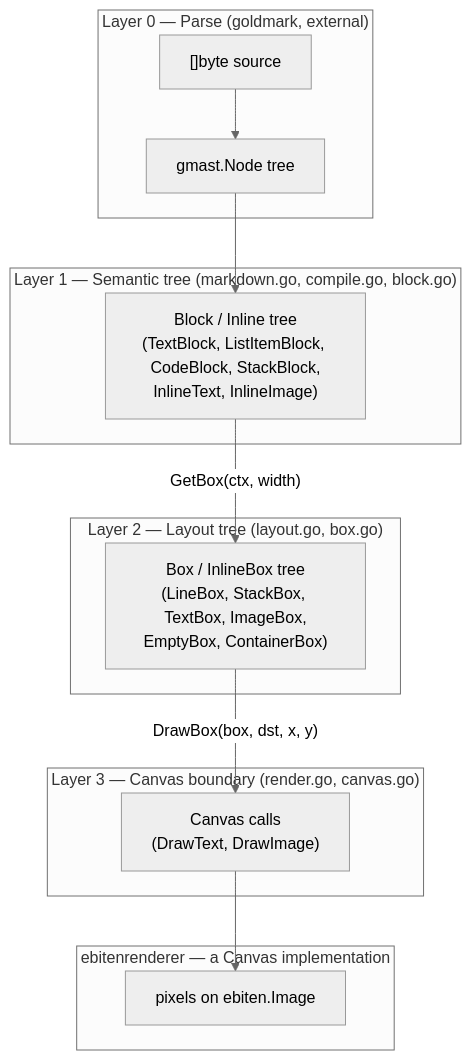
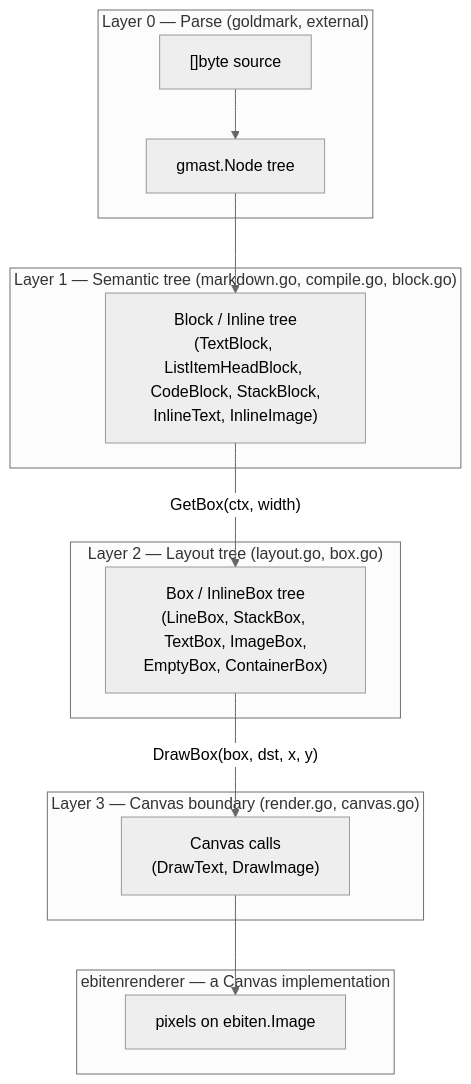
One commit to arnodel/whynot changed the diagram in ARCHITECTURE.md. Above: the diagram before and after it, drawn with Mermaid (neutral theme). The commit also changed other lines of this file and 8 other files, not shown here.

````diff
--- a/ARCHITECTURE.md
+++ b/ARCHITECTURE.md
@@ -27,18 +27,18 @@
 ```mermaid
 flowchart TD
     subgraph L0["Layer 0 — Parse (goldmark, external)"]
         A["[]byte source"] --> B["gmast.Node tree"]
     end
     subgraph L1["Layer 1 — Semantic tree (markdown.go, compile.go, block.go)"]
-        B --> C["Block / Inline tree\n(TextBlock, ListItemBlock, CodeBlock, StackBlock,\nInlineText, InlineImage)"]
+        B --> C["Block / Inline tree\n(TextBlock, ListItemHeadBlock, CodeBlock, StackBlock,\nInlineText, InlineImage)"]
     end
     subgraph L2["Layer 2 — Layout tree (layout.go, box.go)"]
         C -- "GetBox(ctx, width)" --> D["Box / InlineBox tree\n(LineBox, StackBox, TextBox, ImageBox,\nEmptyBox, ContainerBox)"]
     end
     subgraph L3["Layer 3 — Canvas boundary (render.go, canvas.go)"]
         D -- "DrawBox(box, dst, x, y)" --> E["Canvas calls\n(DrawText, DrawImage)"]
     end
     subgraph L4["ebitenrenderer — a Canvas implementation"]
         E --> F["pixels on ebiten.Image"]
     end
 ```
````
